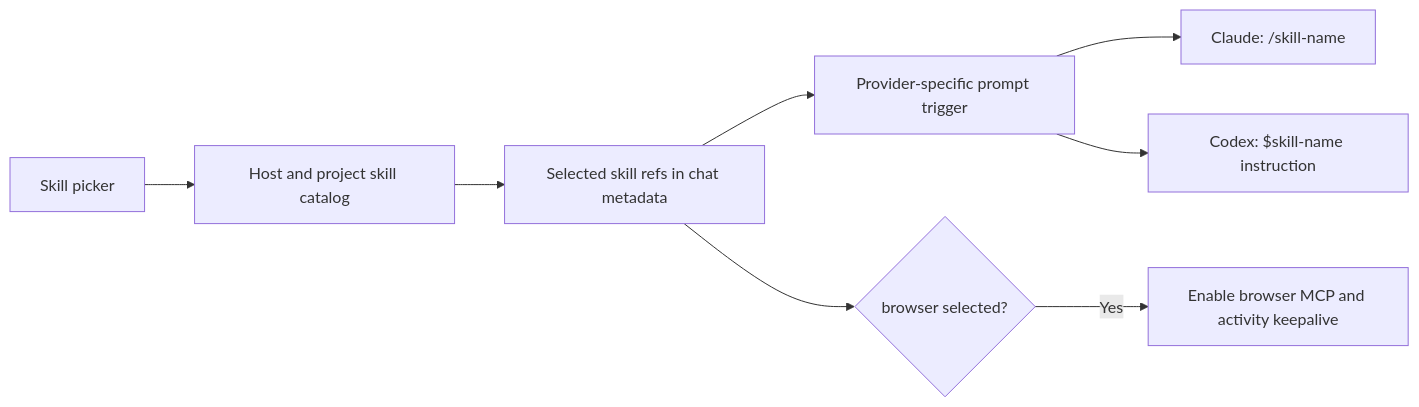
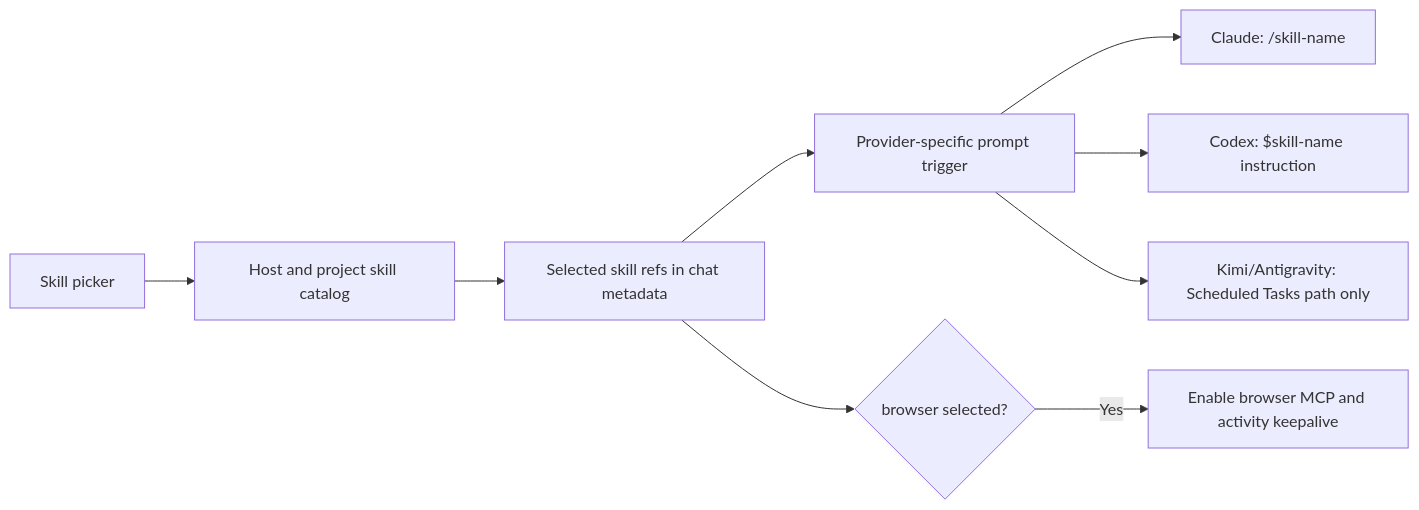
Before and after one commit to AbdallahMohamedDotnet/remote.futrx: the fifth of 5 diagrams in docs/02-workspaces/04-chat-and-agents.md, drawn with Mermaid. The commit also changed other lines of this file and 25 other files, not shown here.

````diff
--- a/docs/02-workspaces/04-chat-and-agents.md
+++ b/docs/02-workspaces/04-chat-and-agents.md
@@ -114,10 +124,11 @@
 ```mermaid
 flowchart LR
     Picker["Skill picker"] --> Catalog["Host and project skill catalog"]
     Catalog --> Selected["Selected skill refs in chat metadata"]
     Selected --> Trigger["Provider-specific prompt trigger"]
     Trigger --> Claude["Claude: /skill-name"]
     Trigger --> Codex["Codex: $skill-name instruction"]
+    Trigger --> Other["Kimi/Antigravity: Scheduled Tasks path only"]
     Selected --> Browser{"browser selected?"}
     Browser -->|"Yes"| MCP["Enable browser MCP and activity keepalive"]
 ```
````
